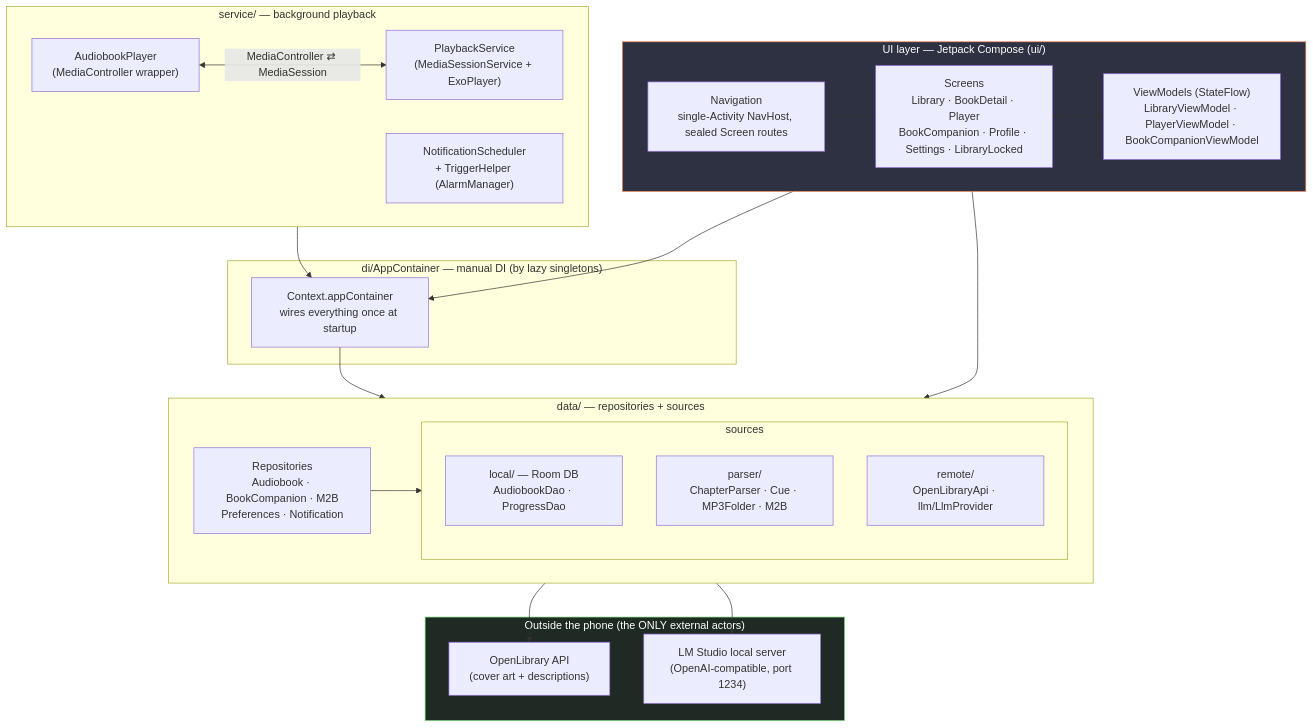
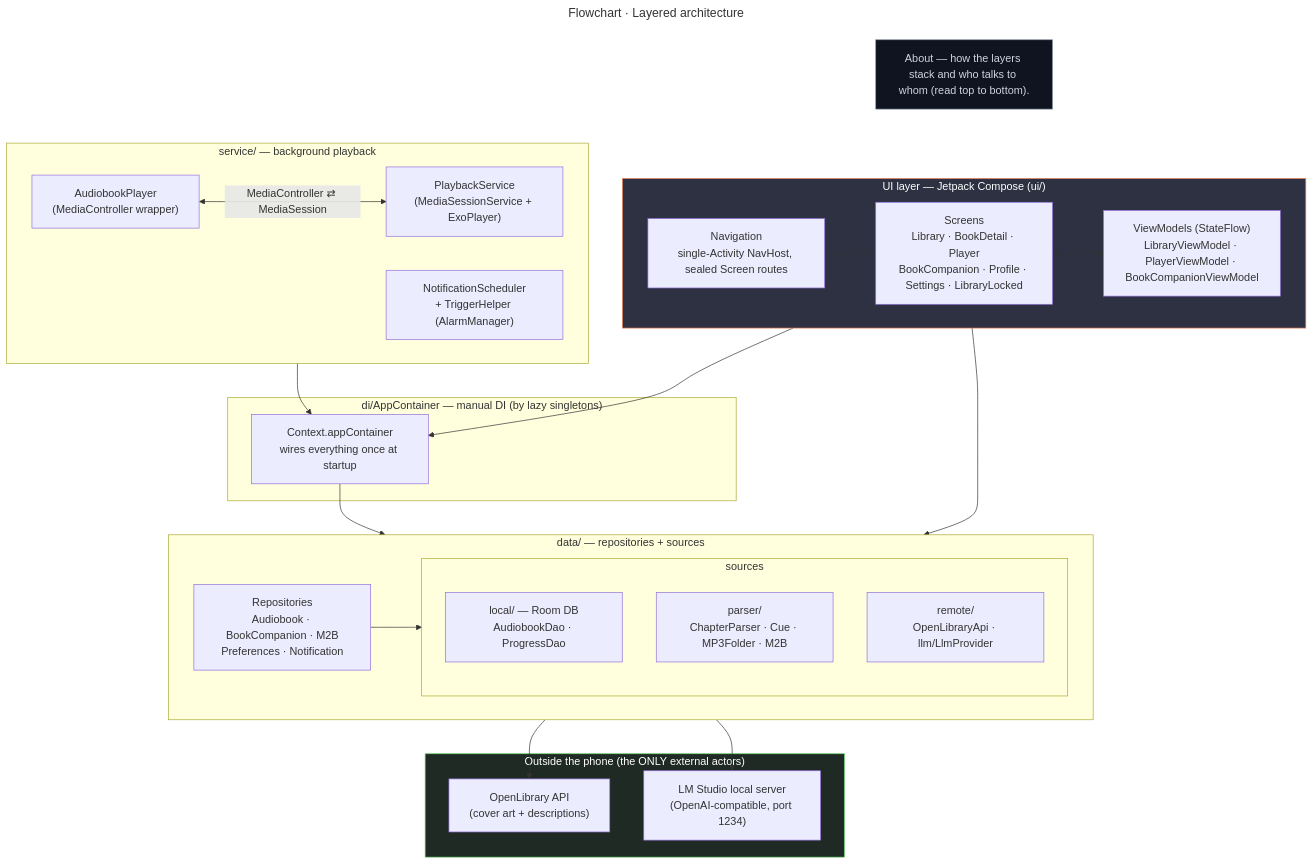
Before and after one commit to DICEsda/Mobile-Application-Development-COURSE: the first of 9 diagrams in Final Submission Project/ARCHITECTURE.md, drawn with Mermaid. The commit also changed other lines of this file and 9 other files, not shown here.

First line of the commit message:
docs: add in-image titles (graph type) and an About card to each diagram

````diff
--- a/Final Submission Project/ARCHITECTURE.md
+++ b/Final Submission Project/ARCHITECTURE.md
@@ -33,52 +33,58 @@
 ```mermaid
+---
+title: "Flowchart · Layered architecture"
+---
 flowchart TB
+    classDef about fill:#0f1420,stroke:#8a93a6,color:#cdd3df
+    CARD["About — how the layers stack and who talks to whom (read top to bottom)."]:::about
+    CARD ~~~ UI
     subgraph UI["UI layer — Jetpack Compose (ui/)"]
         direction LR
         Screens["Screens<br/>Library · BookDetail · Player<br/>BookCompanion · Profile · Settings · LibraryLocked"]
         VMs["ViewModels (StateFlow)<br/>LibraryViewModel · PlayerViewModel · BookCompanionViewModel"]
         Nav["Navigation<br/>single-Activity NavHost, sealed Screen routes"]
         Screens <--> VMs
         Nav --- Screens
     end
 
     subgraph DI["di/AppContainer — manual DI (by lazy singletons)"]
         Container["Context.appContainer<br/>wires everything once at startup"]
     end
 
     subgraph DATA["data/ — repositories + sources"]
         direction LR
         Repos["Repositories<br/>Audiobook · BookCompanion · M2B<br/>Preferences · Notification"]
         subgraph SOURCES["sources"]
             direction TB
             Local["local/ — Room DB<br/>AudiobookDao · ProgressDao"]
             Parser["parser/<br/>ChapterParser · Cue · MP3Folder · M2B"]
             Remote["remote/<br/>OpenLibraryApi · llm/LlmProvider"]
         end
         Repos --> SOURCES
     end
 
     subgraph SERVICE["service/ — background playback"]
         Playback["PlaybackService<br/>(MediaSessionService + ExoPlayer)"]
         Player["AudiobookPlayer<br/>(MediaController wrapper)"]
         Notif["NotificationScheduler<br/>+ TriggerHelper (AlarmManager)"]
     end
 
     subgraph EXT["Outside the phone (the ONLY external actors)"]
         OL["OpenLibrary API<br/>(cover art + descriptions)"]
         LLM["LM Studio local server<br/>(OpenAI-compatible, port 1234)"]
     end
 
     UI --> Container
     SERVICE --> Container
     Container --> DATA
     VMs --> Repos
     Player <-->|"MediaController ⇄ MediaSession"| Playback
     Remote --> OL
     Remote --> LLM
 
     classDef ui fill:#2d3142,stroke:#ef8354,color:#fff
     classDef data fill:#3a3a4a,stroke:#8aa,color:#fff
     classDef ext fill:#1f2a24,stroke:#6c6,color:#fff
     class UI ui
     class EXT ext
 ```
````
